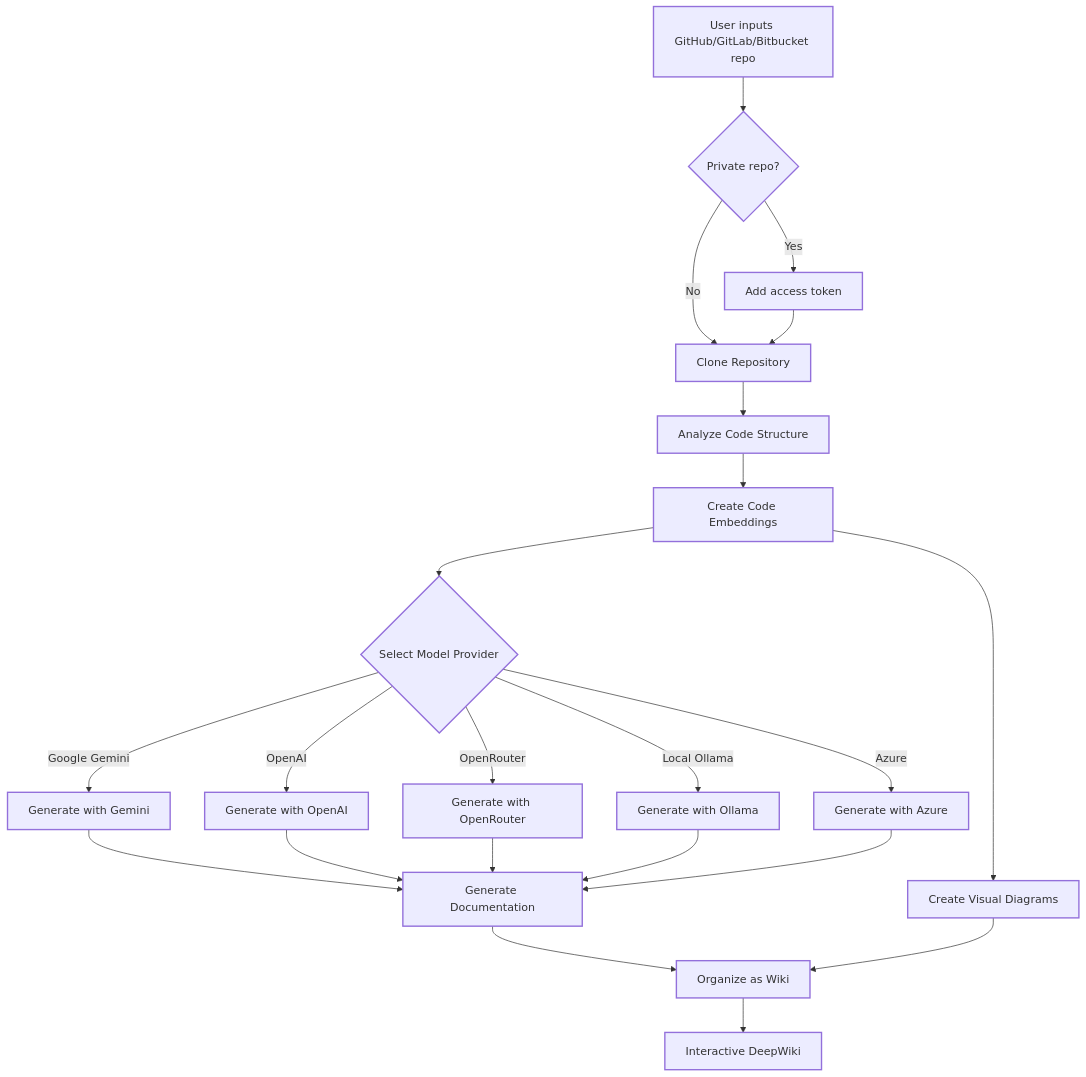
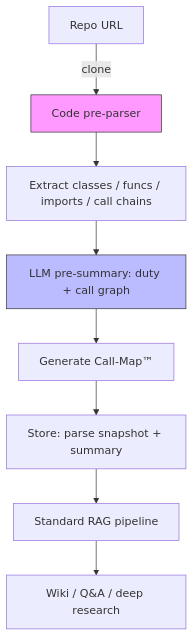
The diagram in README.md (H-Z-Ning/deepwiki-plus), drawn with Mermaid before and after one commit. The commit also changed other lines of this file, not shown here.

````diff
--- a/README.md
+++ b/README.md
@@ -123,37 +97,12 @@
 ```mermaid
 graph TD
-    A[User inputs GitHub/GitLab/Bitbucket repo] --> AA{Private repo?}
-    AA -->|Yes| AB[Add access token]
-    AA -->|No| B[Clone Repository]
-    AB --> B
-    B --> C[Analyze Code Structure]
-    C --> D[Create Code Embeddings]
-
-    D --> M{Select Model Provider}
-    M -->|Google Gemini| E1[Generate with Gemini]
-    M -->|OpenAI| E2[Generate with OpenAI]
-    M -->|OpenRouter| E3[Generate with OpenRouter]
-    M -->|Local Ollama| E4[Generate with Ollama]
-    M -->|Azure| E5[Generate with Azure]
-
-    E1 --> E[Generate Documentation]
-    E2 --> E
-    E3 --> E
-    E4 --> E
-    E5 --> E
-
-    D --> F[Create Visual Diagrams]
-    E --> G[Organize as Wiki]
-    F --> G
-    G --> H[Interactive DeepWiki]
-
-    classDef process stroke-width:2px;
-    classDef data stroke-width:2px;
-    classDef result stroke-width:2px;
-    classDef decision stroke-width:2px;
-
-    class A,D data;
-    class AA,M decision;
-    class B,C,E,F,G,AB,E1,E2,E3,E4,E5 process;
-    class H result;
+    A[Repo URL] -->|clone| B[Code pre-parser]
+    B --> C[Extract classes / funcs / imports / call chains]
+    C --> D[LLM pre-summary: duty + call graph]
+    D --> E[Generate Call-Map™]
+    E --> F[Store: parse snapshot + summary]
+    F --> G[Standard RAG pipeline]
+    G --> H[Wiki / Q&A / deep research]
+    style B fill:#f9f,stroke:#333
+    style D fill:#bbf,stroke:#333
 ```
````
